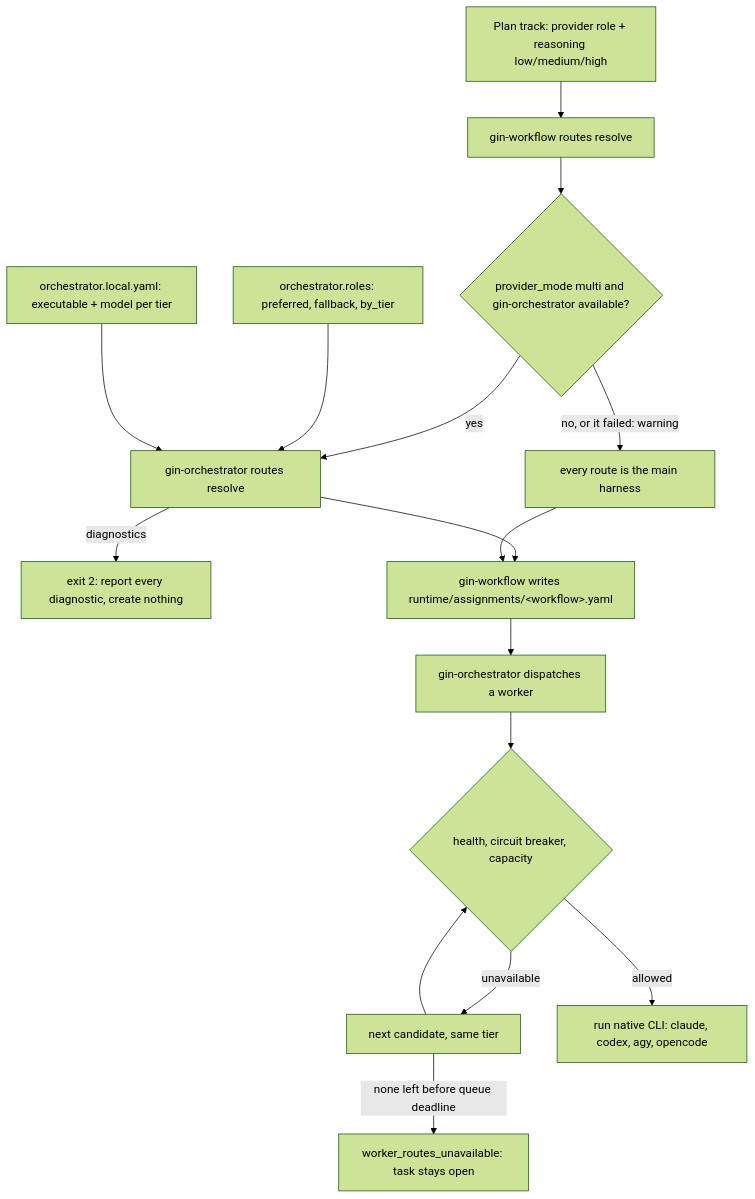
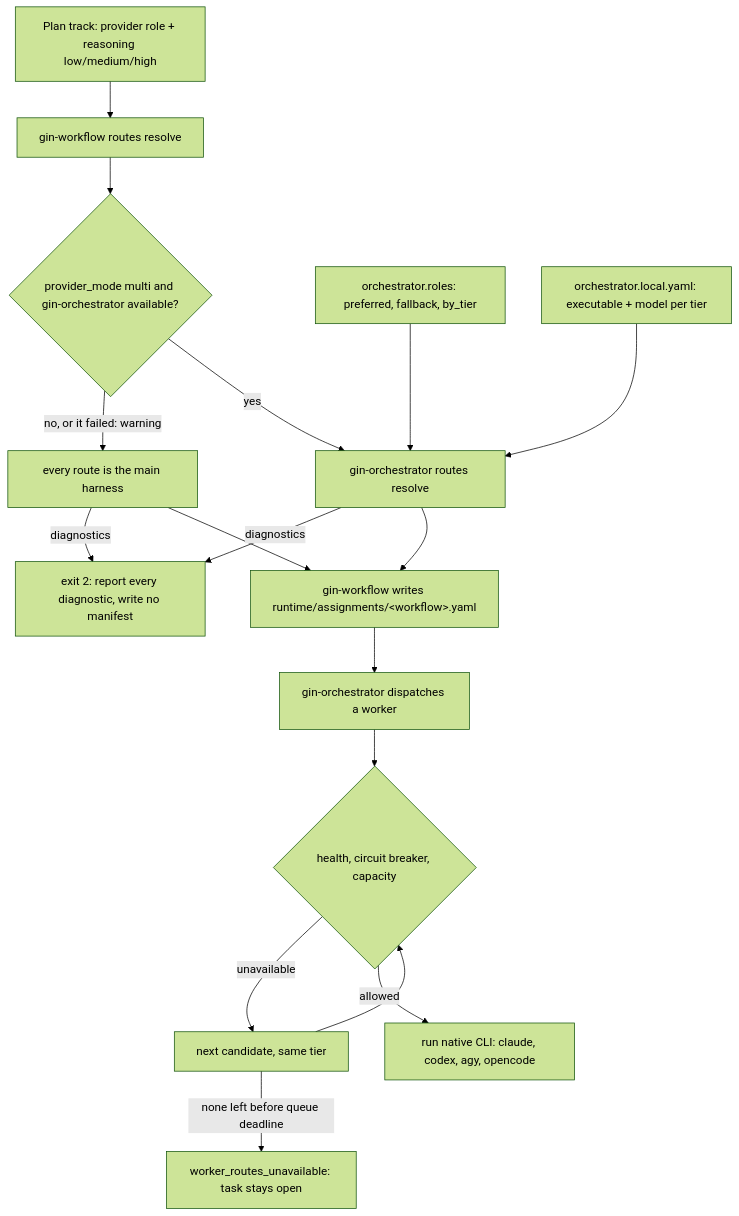
Before and after one commit to giangdhwhtbr/gin-workflow: the fourth of 6 diagrams in docs/concepts/architecture.md, drawn with Mermaid (forest theme). The commit also changed other lines of this file and 4 other files, not shown here.

````diff
--- a/docs/concepts/architecture.md
+++ b/docs/concepts/architecture.md
@@ -110,18 +110,19 @@
 ```mermaid
 flowchart TD
     T[Plan track: provider role + reasoning low/medium/high] --> F[gin-workflow routes resolve]
     F --> Q{provider_mode multi and gin-orchestrator available?}
     Q -->|no, or it failed: warning| MH[every route is the main harness]
     Q -->|yes| OR[gin-orchestrator routes resolve]
     C1[orchestrator.roles: preferred, fallback, by_tier] --> OR
     C2[orchestrator.local.yaml: executable + model per tier] --> OR
-    OR -->|diagnostics| X[exit 2: report every diagnostic, create nothing]
+    OR -->|diagnostics| X[exit 2: report every diagnostic, write no manifest]
+    MH -->|diagnostics| X
     OR --> M[gin-workflow writes runtime/assignments/&lt;workflow&gt;.yaml]
     MH --> M
     M --> D[gin-orchestrator dispatches a worker]
     D --> H{health, circuit breaker, capacity}
     H -->|unavailable| N[next candidate, same tier]
     N --> H
     H -->|allowed| RUN[run native CLI: claude, codex, agy, opencode]
     N -->|none left before queue deadline| U[worker_routes_unavailable: task stays open]
 ```
````
